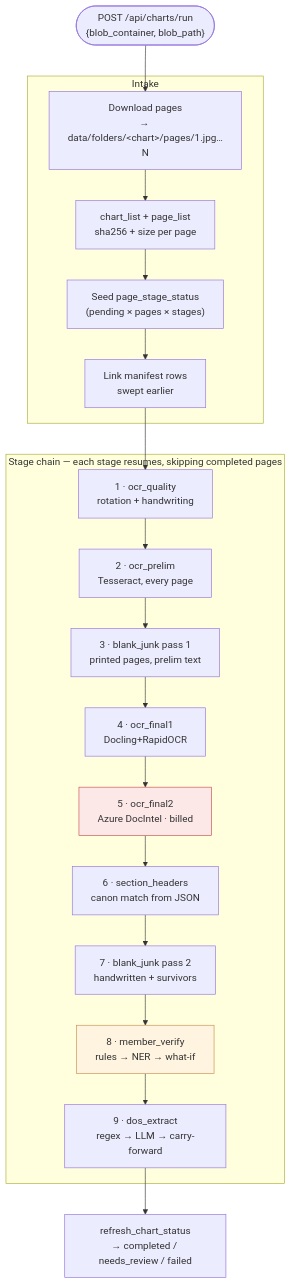
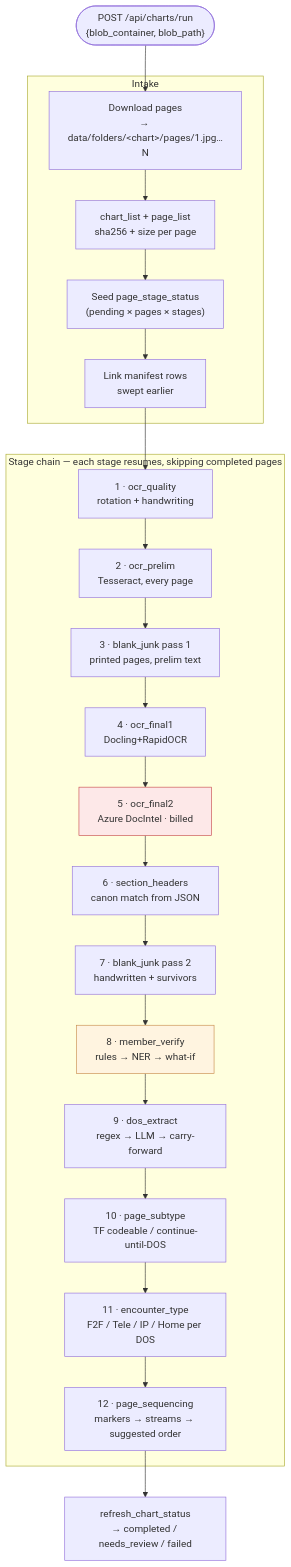
One commit to abhinavdg-ever/model-repo changed the second of 7 diagrams in docs/FLOW.md. Above: the diagram before and after it, drawn with Mermaid. The commit also changed other lines of this file and 46 other files, not shown here.

First line of the commit message:
Add codeable, encounter, and page-sequencing stages after DOS.

````diff
--- a/docs/FLOW.md
+++ b/docs/FLOW.md
@@ -47,31 +47,34 @@
 ```mermaid
 flowchart TD
   START(["POST /api/charts/run<br/>{blob_container, blob_path}"]) --> DL
 
   subgraph INTAKE["Intake"]
     DL["Download pages<br/>→ data/folders/&lt;chart&gt;/pages/1.jpg…N"]
     DL --> REG["chart_list + page_list<br/>sha256 + size per page"]
     REG --> SEED["Seed page_stage_status<br/>(pending × pages × stages)"]
     SEED --> LINK["Link manifest rows<br/>swept earlier"]
   end
 
   LINK --> S1
 
   subgraph CHAIN["Stage chain — each stage resumes, skipping completed pages"]
     S1["1 · ocr_quality<br/>rotation + handwriting"]
     S2["2 · ocr_prelim<br/>Tesseract, every page"]
     S3["3 · blank_junk pass 1<br/>printed pages, prelim text"]
     S4["4 · ocr_final1<br/>Docling+RapidOCR"]
     S5["5 · ocr_final2<br/>Azure DocIntel · billed"]
     S5b["6 · section_headers<br/>canon match from JSON"]
     S6["7 · blank_junk pass 2<br/>handwritten + survivors"]
     S7["8 · member_verify<br/>rules → NER → what-if"]
     S8["9 · dos_extract<br/>regex → LLM → carry-forward"]
-    S1 --> S2 --> S3 --> S4 --> S5 --> S5b --> S6 --> S7 --> S8
+    S9["10 · page_subtype<br/>TF codeable / continue-until-DOS"]
+    S10["11 · encounter_type<br/>F2F / Tele / IP / Home per DOS"]
+    S11["12 · page_sequencing<br/>markers → streams → suggested order"]
+    S1 --> S2 --> S3 --> S4 --> S5 --> S5b --> S6 --> S7 --> S8 --> S9 --> S10 --> S11
   end
 
-  S8 --> DONE["refresh_chart_status<br/>→ completed / needs_review / failed"]
+  S11 --> DONE["refresh_chart_status<br/>→ completed / needs_review / failed"]
 
   style S5 fill:#fde8e8,stroke:#c74a4a
   style S7 fill:#fff4e0,stroke:#c78a4a
 ```
````
